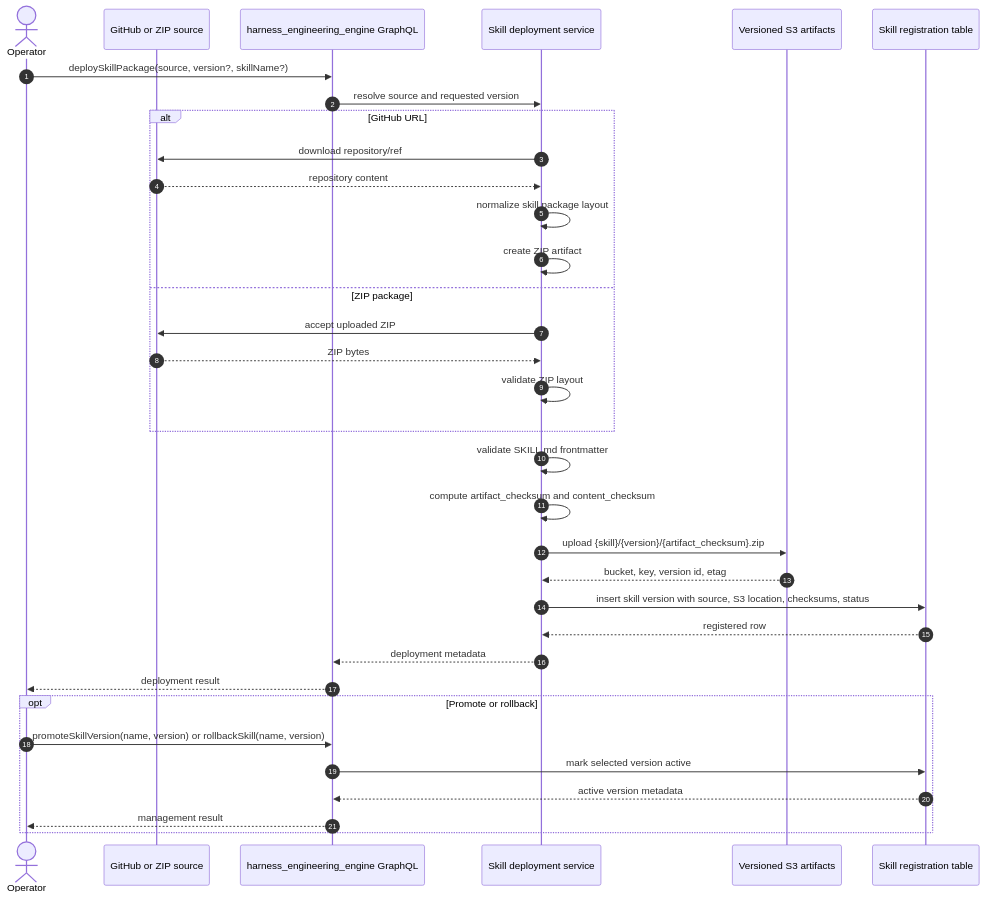
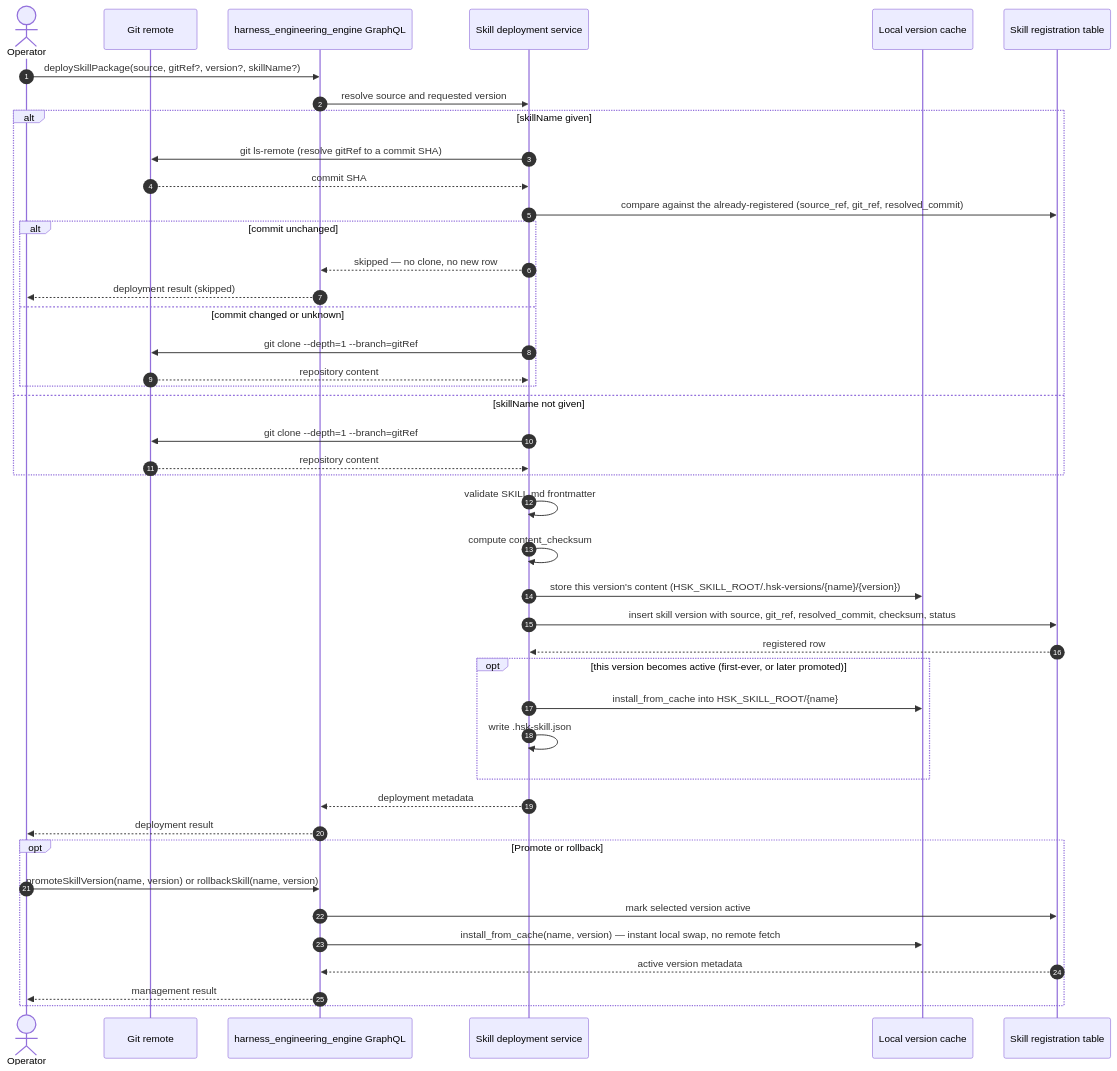
Before and after one commit to ideabosque/harness_engineering_engine: the first of 5 diagrams in docs/DEVELOPMENT_PLAN.md, drawn with Mermaid. The commit also changed other lines of this file and 41 other files, not shown here.

First line of the commit message:
feat: git-only skill deployment, CLI package manager, and integration/resilience test coverage

````diff
--- a/docs/DEVELOPMENT_PLAN.md
+++ b/docs/DEVELOPMENT_PLAN.md
@@ -109,38 +112,47 @@
 ```mermaid
 sequenceDiagram
     autonumber
     actor Operator
-    participant Source as GitHub or ZIP source
+    participant Source as Git remote
     participant GraphQL as harness_engineering_engine GraphQL
     participant Packager as Skill deployment service
-    participant S3 as Versioned S3 artifacts
+    participant Cache as Local version cache
     participant DB as Skill registration table
 
-    Operator->>GraphQL: deploySkillPackage(source, version?, skillName?)
+    Operator->>GraphQL: deploySkillPackage(source, gitRef?, version?, skillName?)
     GraphQL->>Packager: resolve source and requested version
-    alt GitHub URL
-        Packager->>Source: download repository/ref
+    alt skillName given
+        Packager->>Source: git ls-remote (resolve gitRef to a commit SHA)
+        Source-->>Packager: commit SHA
+        Packager->>DB: compare against the already-registered (source_ref, git_ref, resolved_commit)
+        alt commit unchanged
+            Packager-->>GraphQL: skipped — no clone, no new row
+            GraphQL-->>Operator: deployment result (skipped)
+        else commit changed or unknown
+            Packager->>Source: git clone --depth=1 --branch=gitRef
+            Source-->>Packager: repository content
+        end
+    else skillName not given
+        Packager->>Source: git clone --depth=1 --branch=gitRef
         Source-->>Packager: repository content
-        Packager->>Packager: normalize skill package layout
-        Packager->>Packager: create ZIP artifact
-    else ZIP package
-        Packager->>Source: accept uploaded ZIP
-        Source-->>Packager: ZIP bytes
-        Packager->>Packager: validate ZIP layout
     end
     Packager->>Packager: validate SKILL.md frontmatter
-    Packager->>Packager: compute artifact_checksum and content_checksum
-    Packager->>S3: upload {skill}/{version}/{artifact_checksum}.zip
-    S3-->>Packager: bucket, key, version id, etag
-    Packager->>DB: insert skill version with source, S3 location, checksums, status
+    Packager->>Packager: compute content_checksum
+    Packager->>Cache: store this version's content (HSK_SKILL_ROOT/.hsk-versions/{name}/{version})
+    Packager->>DB: insert skill version with source, git_ref, resolved_commit, checksum, status
     DB-->>Packager: registered row
+    opt this version becomes active (first-ever, or later promoted)
+        Packager->>Cache: install_from_cache into HSK_SKILL_ROOT/{name}
+        Packager->>Packager: write .hsk-skill.json
+    end
     Packager-->>GraphQL: deployment metadata
     GraphQL-->>Operator: deployment result
 
     opt Promote or rollback
         Operator->>GraphQL: promoteSkillVersion(name, version) or rollbackSkill(name, version)
         GraphQL->>DB: mark selected version active
+        GraphQL->>Cache: install_from_cache(name, version) — instant local swap, no remote fetch
         DB-->>GraphQL: active version metadata
         GraphQL-->>Operator: management result
     end
 ```
````
